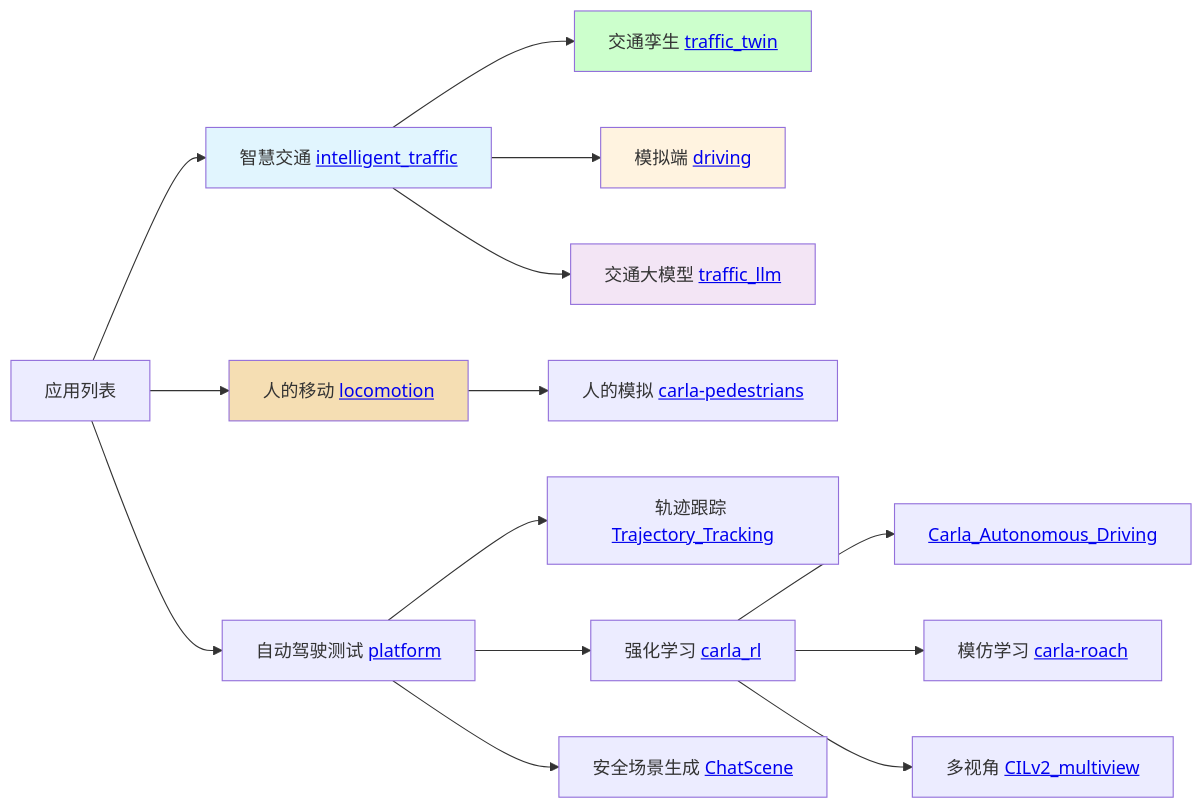
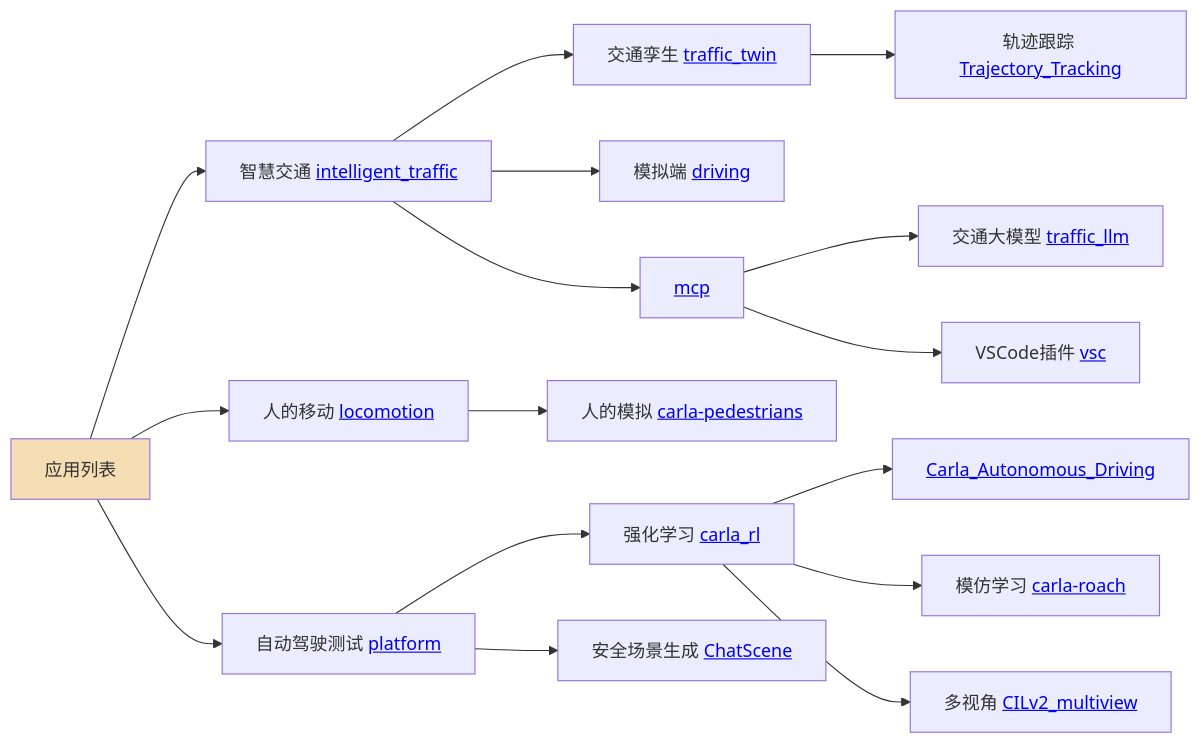
One commit to OpenHUTB/.github changed the second of 3 diagrams in README.md. Above: the diagram before and after it, drawn with Mermaid. The commit also changed other lines of this file, not shown here.

````diff
--- a/README.md
+++ b/README.md
@@ -55,24 +52,22 @@
 ```mermaid
 graph LR
     A[应用列表] --> B[智慧交通 <a href='https://github.com/OpenHUTB/intelligent_traffic/'>intelligent_traffic</a>]
     B --> C[交通孪生 <a href='https://github.com/OpenHUTB/traffic_twin/'>traffic_twin</a>]
+    C --> N[轨迹跟踪 <a href='https://github.com/OpenHUTB/Self_Driving_Car_Trajectory_Tracking'>Trajectory_Tracking</a>]
     B --> D[模拟端 <a href='https://github.com/OpenHUTB/driving/'>driving</a> ]
-    B --> E[交通大模型 <a href='https://github.com/OpenHUTB/traffic_llm'>traffic_llm</a>]
+    O --> E[交通大模型 <a href='https://github.com/OpenHUTB/traffic_llm'>traffic_llm</a>]
+    O --> P[VSCode插件 <a href='https://github.com/OpenHUTB/vsc'>vsc</a>]
+    B --> O[<a href='https://github.com/OpenHUTB/mcp'>mcp</a>]
 
     A --> F[人的移动 <a href='https://github.com/OpenHUTB/locomotion'>locomotion</a>]
     F --> L[人的模拟 <a href='https://github.com/OpenHUTB/carla-pedestrians'>carla-pedestrians</a>]
 
     A --> G[自动驾驶测试 <a href='https://github.com/OpenHUTB/platform'>platform</a>]
-    G --> N[轨迹跟踪 <a href='https://github.com/OpenHUTB/Self_Driving_Car_Trajectory_Tracking'>Trajectory_Tracking</a>]
     G --> H[强化学习 <a href='https://github.com/OpenHUTB/carla_rl'>carla_rl</a>]
     H --> K[<a href='https://github.com/OpenHUTB/Carla_Autonomous_Driving'>Carla_Autonomous_Driving</a>]
     H --> I[模仿学习 <a href='https://github.com/OpenHUTB/carla-roach'>carla-roach</a>]
     H --> J[多视角 <a href='https://github.com/OpenHUTB/CILv2_multiview'>CILv2_multiview</a>]
     G --> M[安全场景生成 <a href='https://github.com/OpenHUTB/ChatScene'>ChatScene</a>]
 
-    style B fill:#e1f5fe
-    style C fill:#ccffcc
-    style D fill:#fff3e0
-    style E fill:#f3e5f5
-    style F fill:#F5DEB3
+    style A fill:#F5DEB3
 ```
````
